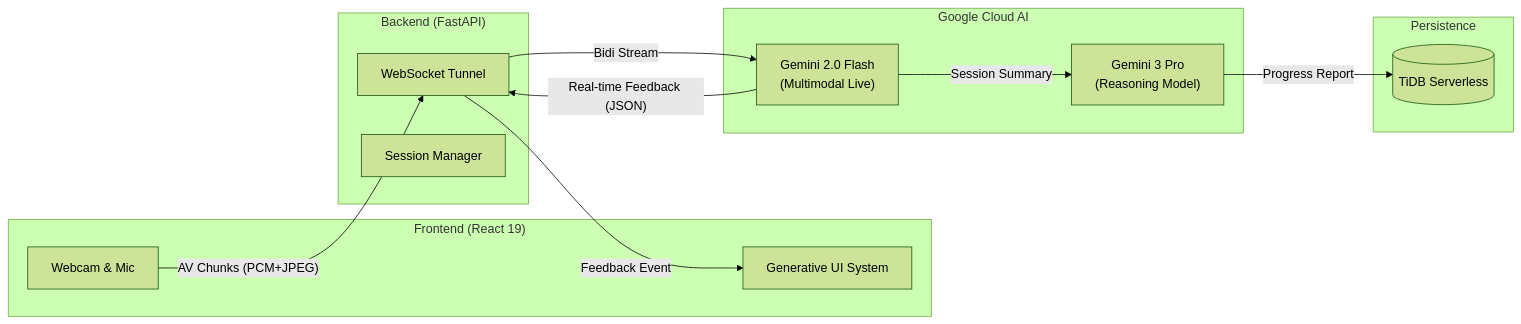
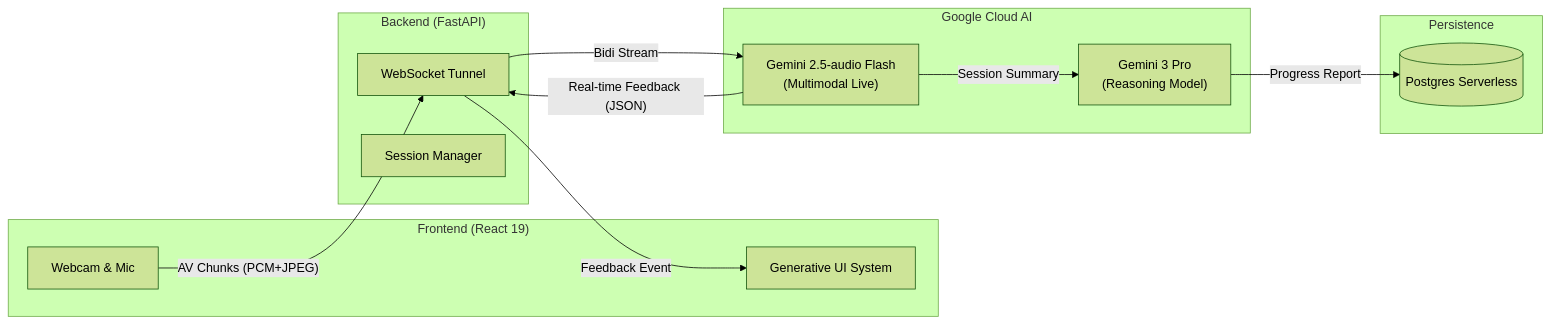
The diagram in readme.md (prats-2311/story-sign-gemini), drawn with Mermaid (forest theme) before and after one commit. The commit also changed other lines of this file, not shown here.

````diff
--- a/readme.md
+++ b/readme.md
@@ -21,32 +21,32 @@
 ```mermaid
 graph LR
     subgraph "Frontend (React 19)"
         Webcam[Webcam & Mic]
         VibeUI[Generative UI System]
     end
 
     subgraph "Backend (FastAPI)"
         WSTunnel[WebSocket Tunnel]
         SessionMgr[Session Manager]
     end
 
     subgraph "Google Cloud AI"
-        Gemini["Gemini 2.0 Flash\n(Multimodal Live)"]
+        Gemini["Gemini 2.5-audio Flash\n(Multimodal Live)"]
         DeepThink["Gemini 3 Pro\n(Reasoning Model)"]
     end
 
     subgraph "Persistence"
-        TiDB[(TiDB Serverless)]
+        Postgres[(Postgres Serverless)]
     end
 
     %% Data Flow
     Webcam --"AV Chunks (PCM+JPEG)"--> WSTunnel
     WSTunnel --"Bidi Stream"--> Gemini
     Gemini --"Real-time Feedback (JSON)"--> WSTunnel
     WSTunnel --"Feedback Event"--> VibeUI
     
     %% Long Term Memory
     Gemini --"Session Summary"--> DeepThink
-    DeepThink --"Progress Report"--> TiDB
+    DeepThink --"Progress Report"--> Postgres
 
 ```
````
